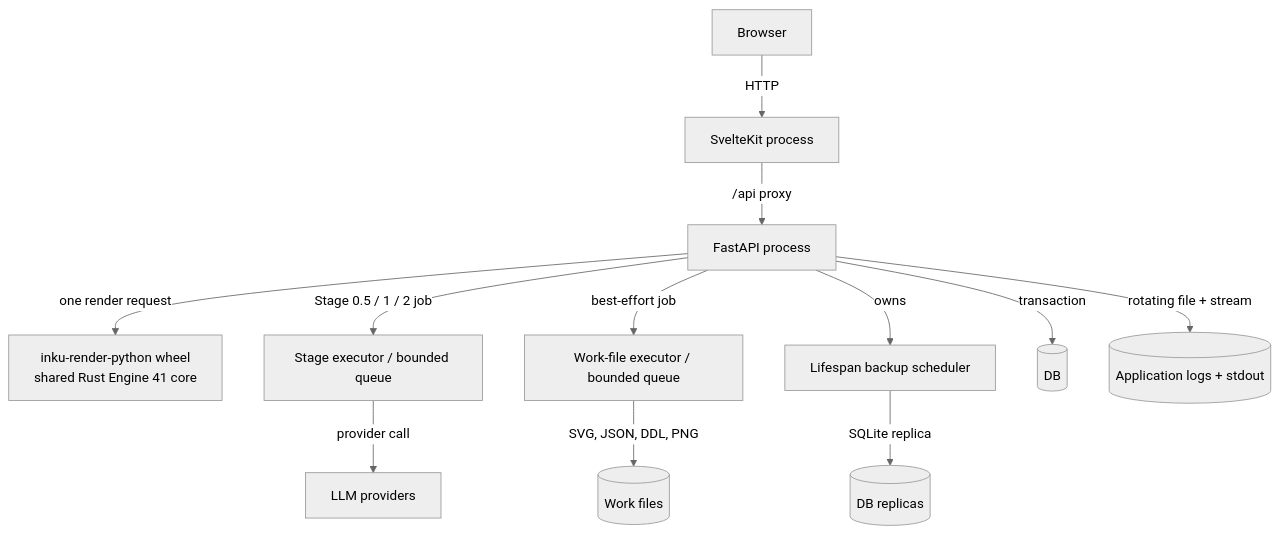
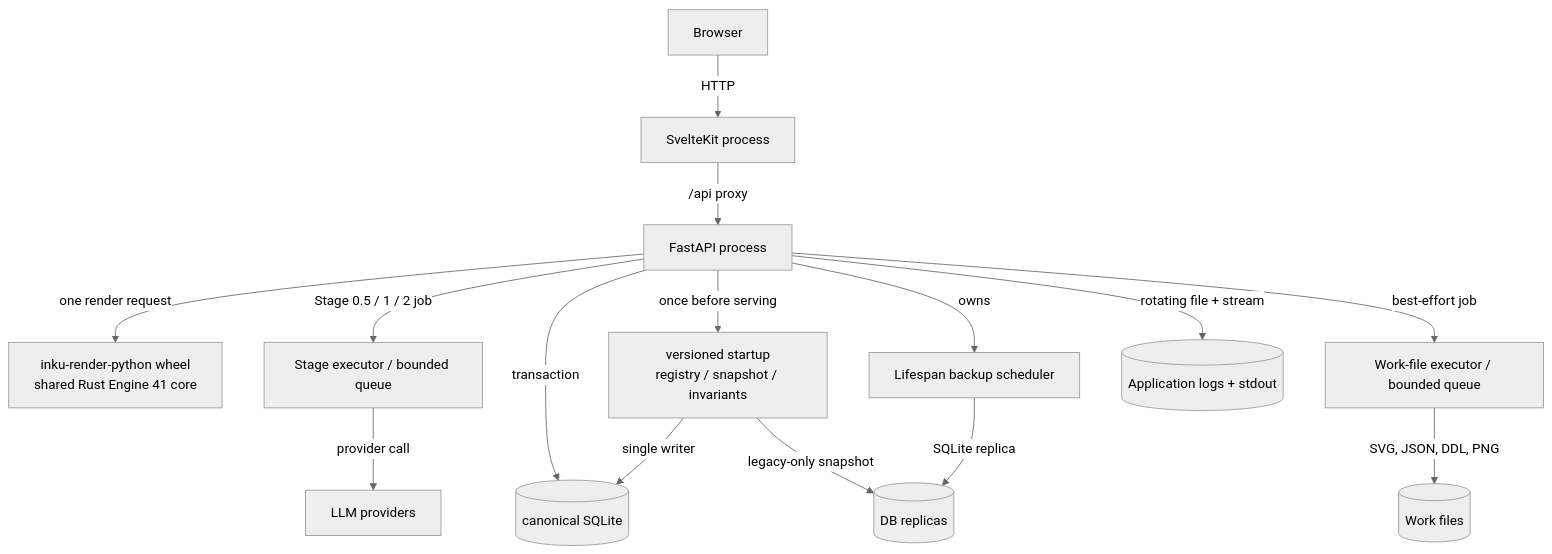
One commit to oikawas/inku-lang changed the first of 2 diagrams in docs/architecture/runtime-containers.md. Above: the diagram before and after it, drawn with Mermaid (neutral theme). The commit also changed other lines of this file and 13 other files, not shown here.

Commit message:
docs: document SQLite persistence architecture

````diff
--- a/docs/architecture/runtime-containers.md
+++ b/docs/architecture/runtime-containers.md
@@ -7,27 +7,31 @@
 ```mermaid
 flowchart TB
     BROWSER["Browser"]
     WEB_PROC["SvelteKit process"]
     API_PROC["FastAPI process"]
     NATIVE_RENDER["inku-render-python wheel\nshared Rust Engine 41 core"]
     STAGE_POOL["Stage executor / bounded queue"]
     SAVE_POOL["Work-file executor / bounded queue"]
     BACKUP_TASK["Lifespan backup scheduler"]
+    MIGRATION["versioned startup\nregistry / snapshot / invariants"]
     PROVIDERS["LLM providers"]
-    DB[("DB")]
+    DB[("canonical SQLite")]
     OUTPUTS[("Work files")]
     BACKUPS[("DB replicas")]
     LOGS[("Application logs + stdout")]
 
     BROWSER -->|"HTTP"| WEB_PROC
     WEB_PROC -->|"/api proxy"| API_PROC
     API_PROC -->|"one render request"| NATIVE_RENDER
     API_PROC -->|"Stage 0.5 / 1 / 2 job"| STAGE_POOL
     STAGE_POOL -->|"provider call"| PROVIDERS
     API_PROC -->|"transaction"| DB
+    API_PROC -->|"once before serving"| MIGRATION
+    MIGRATION -->|"single writer"| DB
+    MIGRATION -->|"legacy-only snapshot"| BACKUPS
     API_PROC -->|"best-effort job"| SAVE_POOL
     SAVE_POOL -->|"SVG, JSON, DDL, PNG"| OUTPUTS
     API_PROC -->|"owns"| BACKUP_TASK
     BACKUP_TASK -->|"SQLite replica"| BACKUPS
     API_PROC -->|"rotating file + stream"| LOGS
 ```
````
